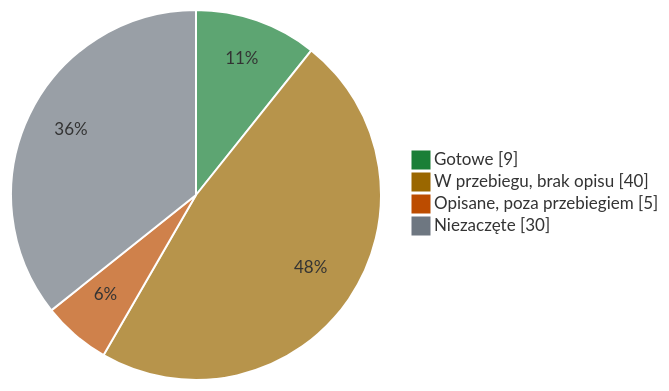
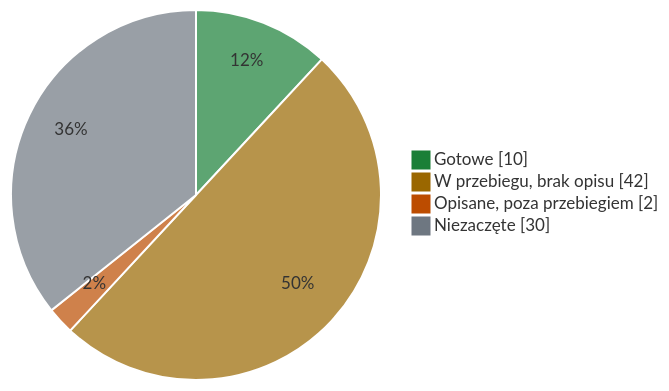
The diagram in research/STATUS.md (slayerlabs/benchmarks-fabryka-ai), drawn with Mermaid before and after one commit. The commit also changed other lines of this file and 13 other files, not shown here.

````diff
--- a/research/STATUS.md
+++ b/research/STATUS.md
@@ -14,8 +14,8 @@
 ```mermaid
 %%{init: {'theme': 'base', 'themeVariables': {'pie1': '#1a7f37', 'pie2': '#9a6700', 'pie3': '#bc4c00', 'pie4': '#6e7781', 'pieStrokeColor': '#ffffff', 'pieOuterStrokeWidth': '0px'}}}%%
 pie showData
-    "Gotowe" : 9
-    "W przebiegu, brak opisu" : 40
-    "Opisane, poza przebiegiem" : 5
+    "Gotowe" : 10
+    "W przebiegu, brak opisu" : 42
+    "Opisane, poza przebiegiem" : 2
     "Niezaczęte" : 30
 ```
````
